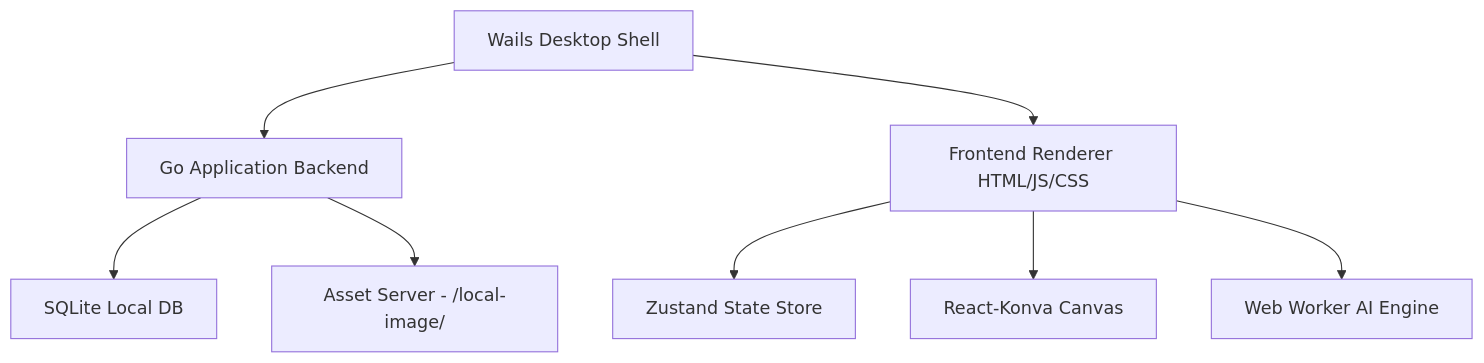
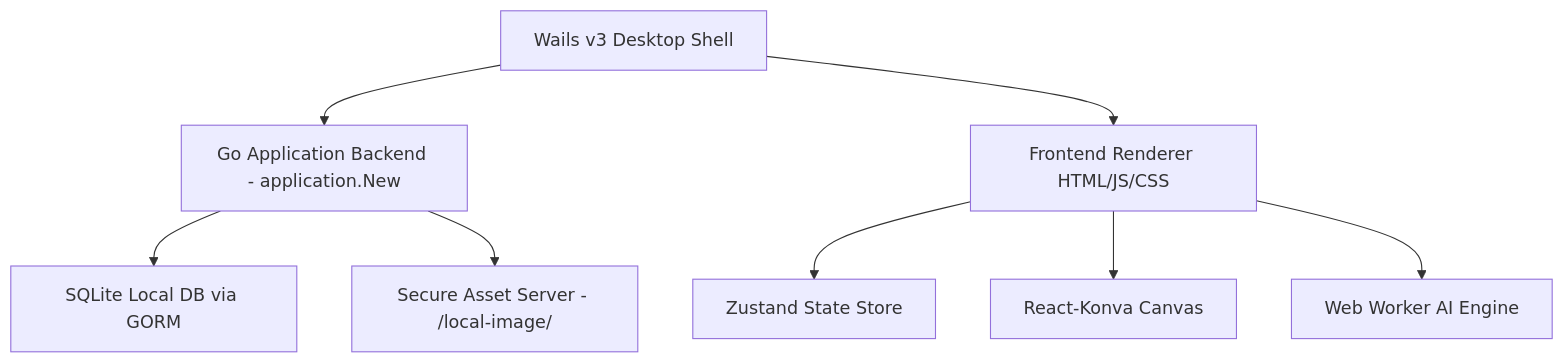
The first of 2 diagrams in docs/developer_guide.md (wisam79/grido), drawn with Mermaid before and after one commit. The commit also changed other lines of this file and 81 other files, not shown here.

````diff
--- a/docs/developer_guide.md
+++ b/docs/developer_guide.md
@@ -11,10 +11,10 @@
 ```mermaid
 graph TD
-    A[Wails Desktop Shell] --> B[Go Application Backend]
+    A[Wails v3 Desktop Shell] --> B[Go Application Backend - application.New]
     A --> C[Frontend Renderer HTML/JS/CSS]
     C --> D[Zustand State Store]
     C --> E[React-Konva Canvas]
     C --> F[Web Worker AI Engine]
-    B --> G[SQLite Local DB]
-    B --> H[Asset Server - /local-image/]
+    B --> G[SQLite Local DB via GORM]
+    B --> H[Secure Asset Server - /local-image/]
 ```
````
